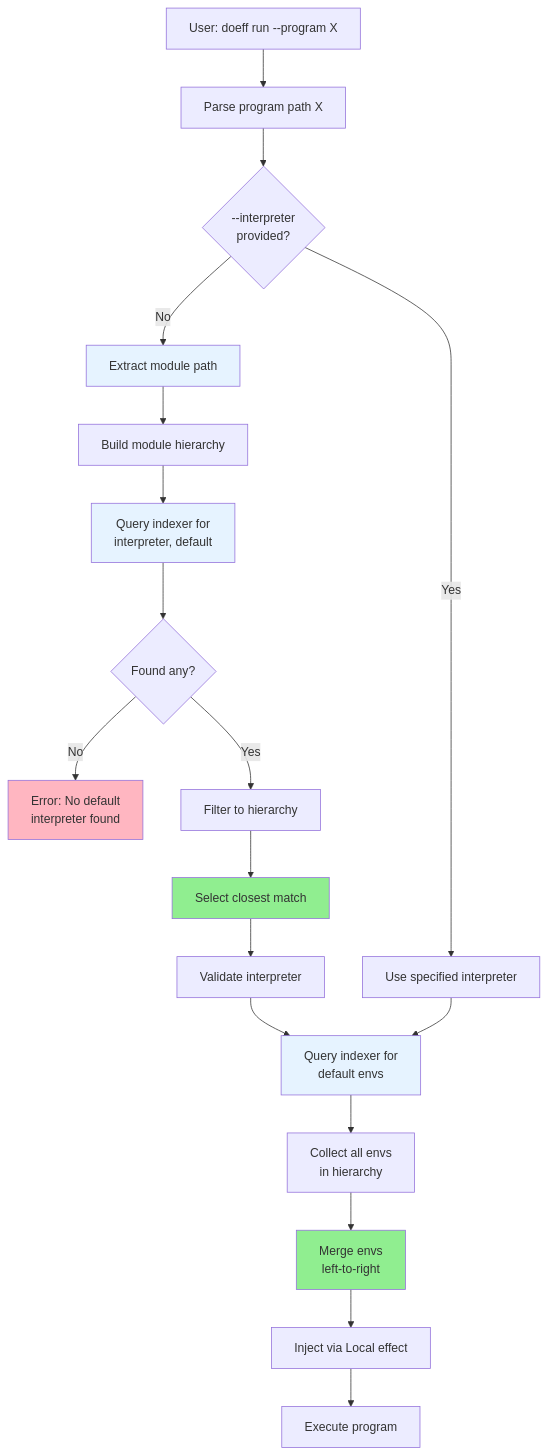
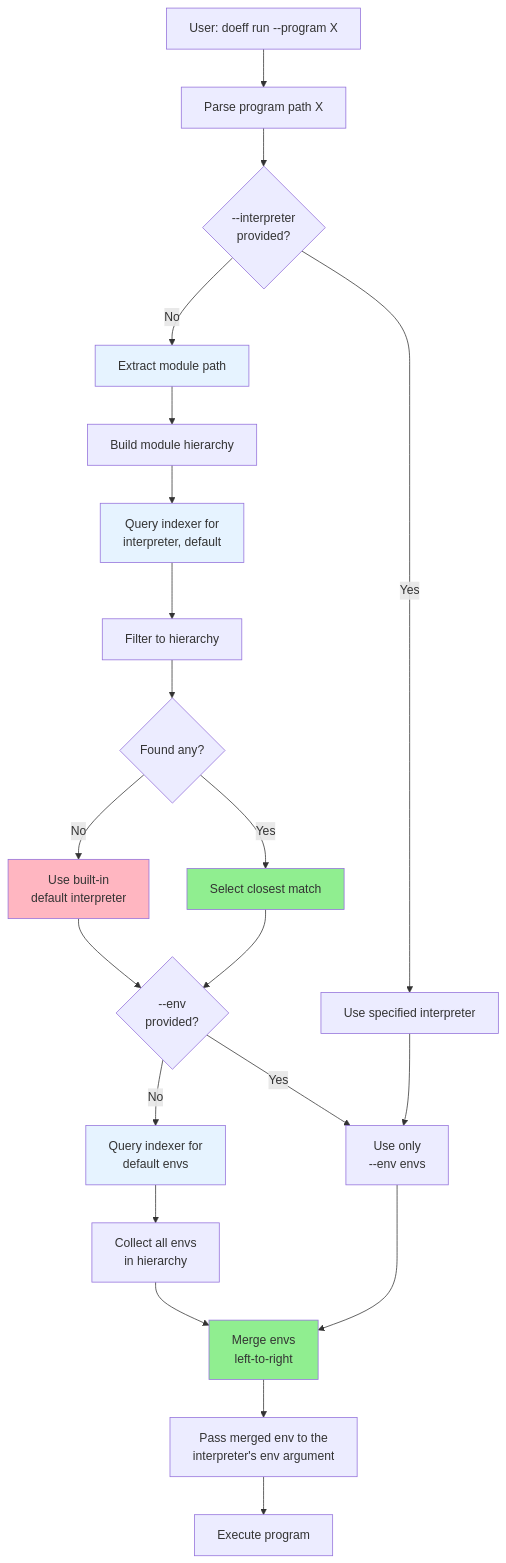
The fifth of 6 diagrams in docs/14-cli-auto-discovery.md (proboscis/doeff), drawn with Mermaid before and after one commit. The commit also changed other lines of this file, not shown here.

````diff
--- a/docs/14-cli-auto-discovery.md
+++ b/docs/14-cli-auto-discovery.md
@@ -416,27 +507,30 @@
 ```mermaid
 graph TB
     Start[User: doeff run --program X] --> A[Parse program path X]
     A --> B{--interpreter<br/>provided?}
     B -->|Yes| C[Use specified interpreter]
     B -->|No| D[Extract module path]
     D --> E[Build module hierarchy]
     E --> F[Query indexer for<br/>interpreter, default]
-    F --> G{Found any?}
-    G -->|No| H[Error: No default<br/>interpreter found]
-    G -->|Yes| I[Filter to hierarchy]
-    I --> J[Select closest match]
-    J --> K[Validate interpreter]
-    K --> L[Query indexer for<br/>default envs]
-    C --> L
+    F --> I[Filter to hierarchy]
+    I --> G{Found any?}
+    G -->|No| H[Use built-in<br/>default interpreter]
+    G -->|Yes| J[Select closest match]
+    H --> Q{--env<br/>provided?}
+    J --> Q
+    Q -->|No| L[Query indexer for<br/>default envs]
+    Q -->|Yes| R[Use only<br/>--env envs]
+    C --> R
     L --> M[Collect all envs<br/>in hierarchy]
     M --> N[Merge envs<br/>left-to-right]
-    N --> O[Inject via Local effect]
+    R --> N
+    N --> O[Pass merged env to the<br/>interpreter's env argument]
     O --> P[Execute program]
 
     style D fill:#E6F3FF
     style F fill:#E6F3FF
     style L fill:#E6F3FF
     style J fill:#90EE90
     style N fill:#90EE90
     style H fill:#FFB6C1
 ```
````
